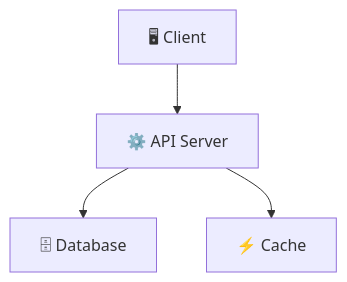
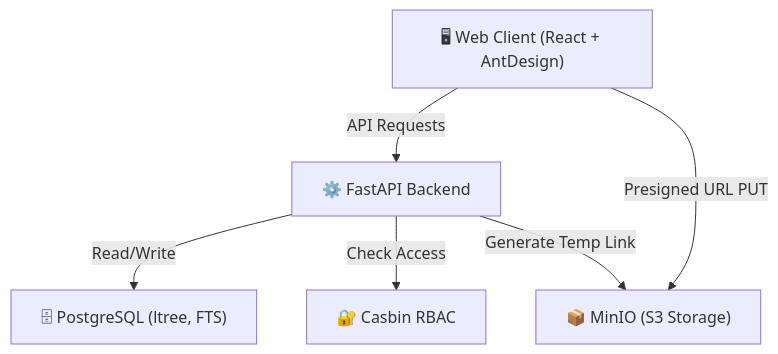
The first of 2 diagrams in docs/architecture.md (bakzzz/wiki), drawn with Mermaid before and after one commit. The commit also changed other lines of this file and 7 other files, not shown here.

Commit message:
docs: fill project documentation based on architecture specs

````diff
--- a/docs/architecture.md
+++ b/docs/architecture.md
@@ -7,11 +7,14 @@
 ```mermaid
 graph TB
-    Client["🖥 Client"]
-    API["⚙️ API Server"]
-    DB["🗄 Database"]
-    Cache["⚡ Cache"]
+    Client["🖥 Web Client (React + AntDesign)"]
+    API["⚙️ FastAPI Backend"]
+    Auth["🔐 Casbin RBAC"]
+    DB["🗄 PostgreSQL (ltree, FTS)"]
+    S3["📦 MinIO (S3 Storage)"]
 
-    Client --> API
-    API --> DB
-    API --> Cache
+    Client -- API Requests --> API
+    Client -- Presigned URL PUT --> S3
+    API -- Read/Write --> DB
+    API -- Check Access --> Auth
+    API -- Generate Temp Link --> S3
 ```
````
